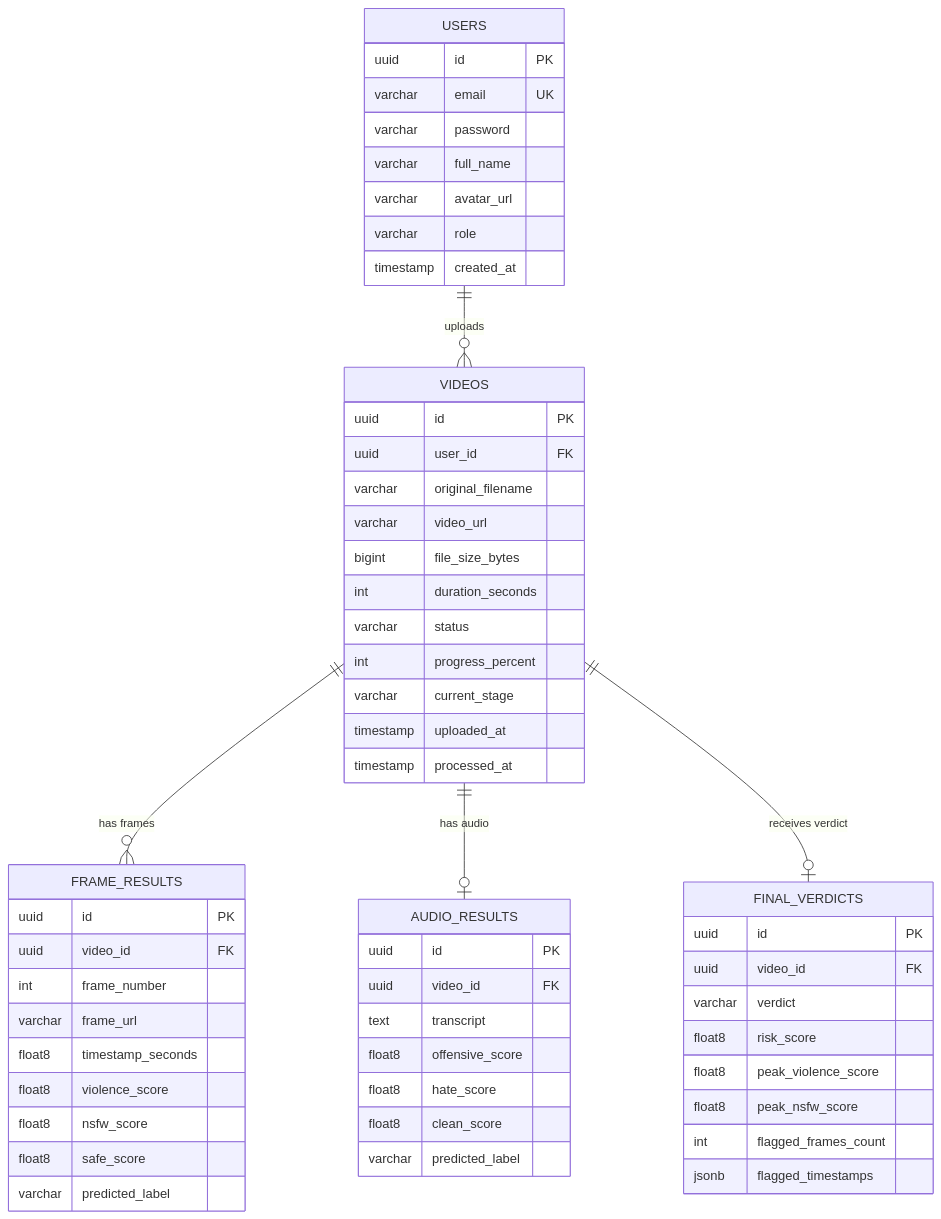
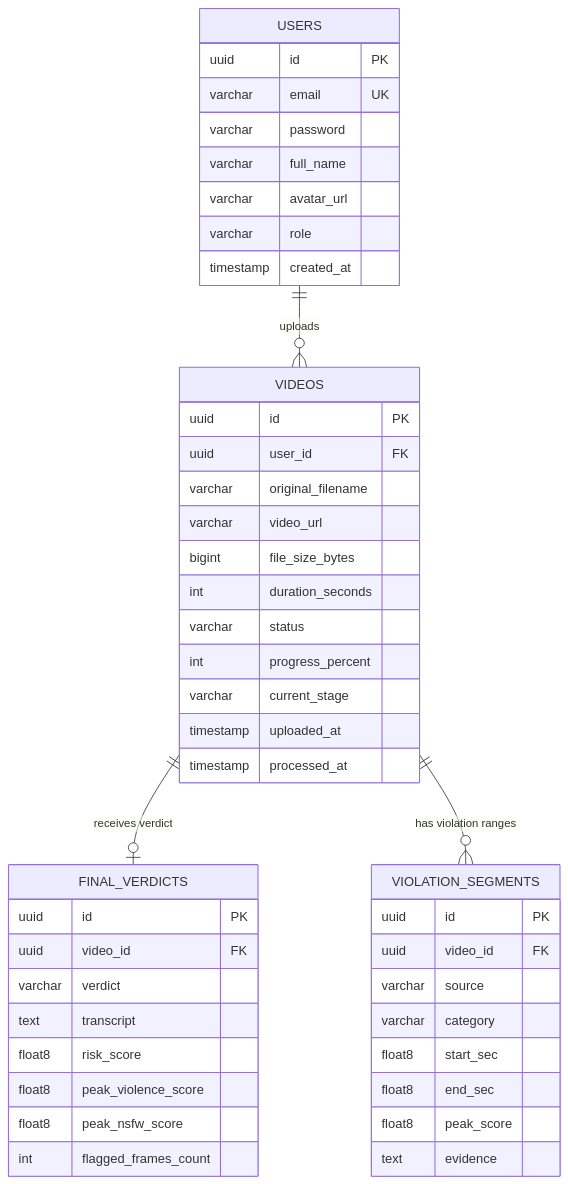
Before and after one commit to pnhatthanh/vidio-guard-be: the fourth of 6 diagrams in system.md, drawn with Mermaid. The commit also changed other lines of this file and 60 other files, not shown here.

````diff
--- a/system.md
+++ b/system.md
@@ -168,64 +165,52 @@
 ```mermaid
 erDiagram
     USERS {
         uuid id PK
         varchar email UK
         varchar password
         varchar full_name
         varchar avatar_url
         varchar role
         timestamp created_at
     }
 
     VIDEOS {
         uuid id PK
         uuid user_id FK
         varchar original_filename
         varchar video_url
         bigint file_size_bytes
         int duration_seconds
         varchar status
         int progress_percent
         varchar current_stage
         timestamp uploaded_at
         timestamp processed_at
     }
 
-    FRAME_RESULTS {
-        uuid id PK
-        uuid video_id FK
-        int frame_number
-        varchar frame_url
-        float8 timestamp_seconds
-        float8 violence_score
-        float8 nsfw_score
-        float8 safe_score
-        varchar predicted_label
-    }
-
-    AUDIO_RESULTS {
-        uuid id PK
-        uuid video_id FK
-        text transcript
-        float8 offensive_score
-        float8 hate_score
-        float8 clean_score
-        varchar predicted_label
-    }
-
     FINAL_VERDICTS {
         uuid id PK
         uuid video_id FK
         varchar verdict
+        text transcript
         float8 risk_score
         float8 peak_violence_score
         float8 peak_nsfw_score
         int flagged_frames_count
-        jsonb flagged_timestamps
+    }
+
+    VIOLATION_SEGMENTS {
+        uuid id PK
+        uuid video_id FK
+        varchar source
+        varchar category
+        float8 start_sec
+        float8 end_sec
+        float8 peak_score
+        text evidence
     }
 
     USERS ||--o{ VIDEOS : "uploads"
-    VIDEOS ||--o{ FRAME_RESULTS : "has frames"
-    VIDEOS ||--o| AUDIO_RESULTS : "has audio"
     VIDEOS ||--o| FINAL_VERDICTS : "receives verdict"
+    VIDEOS ||--o{ VIOLATION_SEGMENTS : "has violation ranges"
 ```
````
